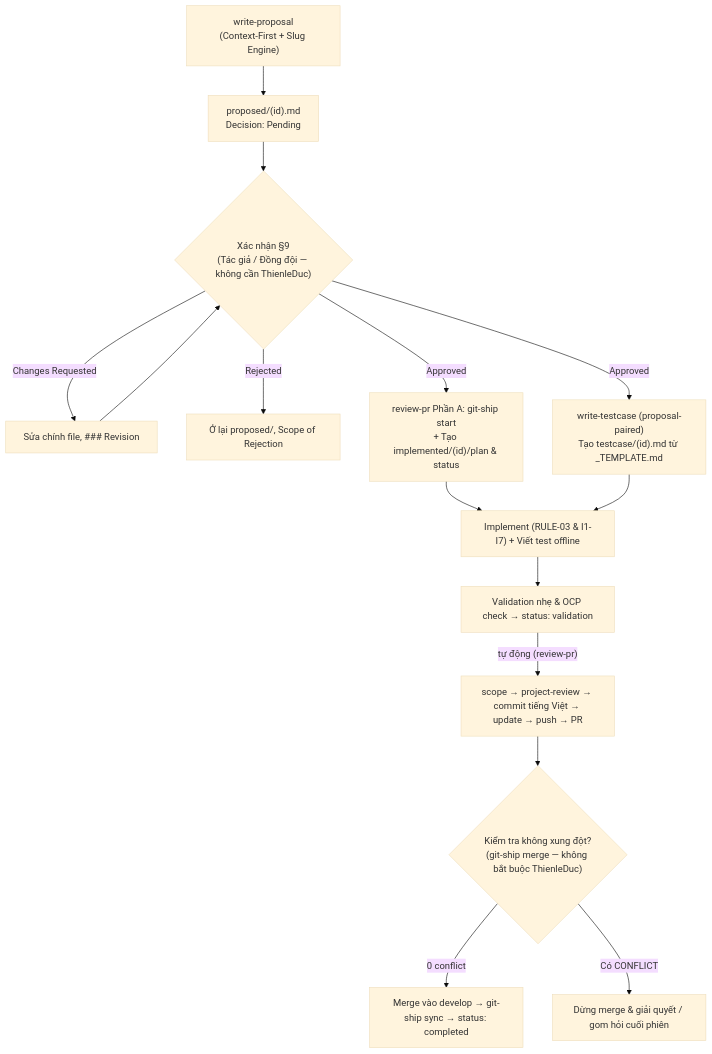
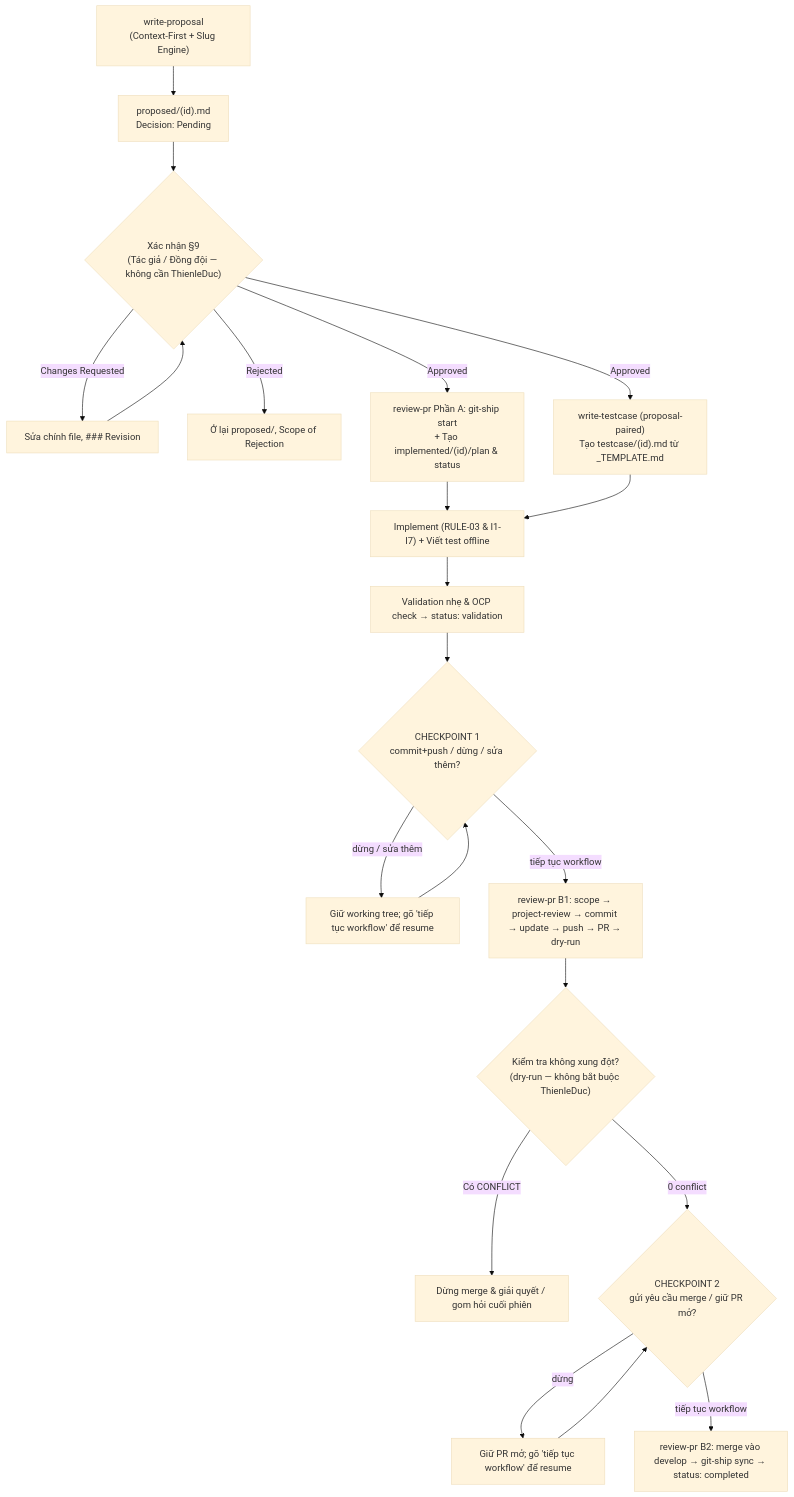
One commit to ThienleDuc/GDMAS changed the first of 2 diagrams in docs/agent-workflow.md. Above: the diagram before and after it, drawn with Mermaid (base theme). The commit also changed other lines of this file and 12 other files, not shown here.

First line of the commit message:
chore(agents): thêm 2 checkpoint commit/push và merge vào workflow (2026-11-18-workflow-checkpoints-thien)

````diff
--- a/docs/agent-workflow.md
+++ b/docs/agent-workflow.md
@@ -113,16 +119,22 @@
 ```mermaid
 flowchart TD
     A["write-proposal<br/>(Context-First + Slug Engine)"] --> P["proposed/(id).md<br/>Decision: Pending"]
     P --> R{"Xác nhận §9<br/>(Tác giả / Đồng đội — không cần ThienleDuc)"}
     R -- "Changes Requested" --> CR["Sửa chính file, ### Revision"] --> R
     R -- Rejected --> RJ["Ở lại proposed/, Scope of Rejection"]
     R -- Approved --> B1["review-pr Phần A: git-ship start<br/>+ Tạo implemented/(id)/plan & status"]
     R -- Approved --> B2["write-testcase (proposal-paired)<br/>Tạo testcase/(id).md từ _TEMPLATE.md"]
     B1 --> I["Implement (RULE-03 & I1-I7) + Viết test offline"]
     B2 --> I
     I --> V["Validation nhẹ & OCP check → status: validation"]
-    V -- "tự động (review-pr)" --> G["scope → project-review → commit tiếng Việt → update → push → PR"]
-    G --> M{"Kiểm tra không xung đột?<br/>(git-ship merge — không bắt buộc ThienleDuc)"}
-    M -- "0 conflict" --> S["Merge vào develop → git-ship sync → status: completed"]
+    V --> CP1{"CHECKPOINT 1<br/>commit+push / dừng / sửa thêm?"}
+    CP1 -- "dừng / sửa thêm" --> HOLD1["Giữ working tree; gõ 'tiếp tục workflow' để resume"]
+    HOLD1 --> CP1
+    CP1 -- "tiếp tục workflow" --> G["review-pr B1: scope → project-review → commit → update → push → PR → dry-run"]
+    G --> M{"Kiểm tra không xung đột?<br/>(dry-run — không bắt buộc ThienleDuc)"}
     M -- "Có CONFLICT" --> CF["Dừng merge & giải quyết / gom hỏi cuối phiên"]
+    M -- "0 conflict" --> CP2{"CHECKPOINT 2<br/>gửi yêu cầu merge / giữ PR mở?"}
+    CP2 -- "dừng" --> HOLD2["Giữ PR mở; gõ 'tiếp tục workflow' để resume"]
+    HOLD2 --> CP2
+    CP2 -- "tiếp tục workflow" --> S["review-pr B2: merge vào develop → git-ship sync → status: completed"]
 ```
````
